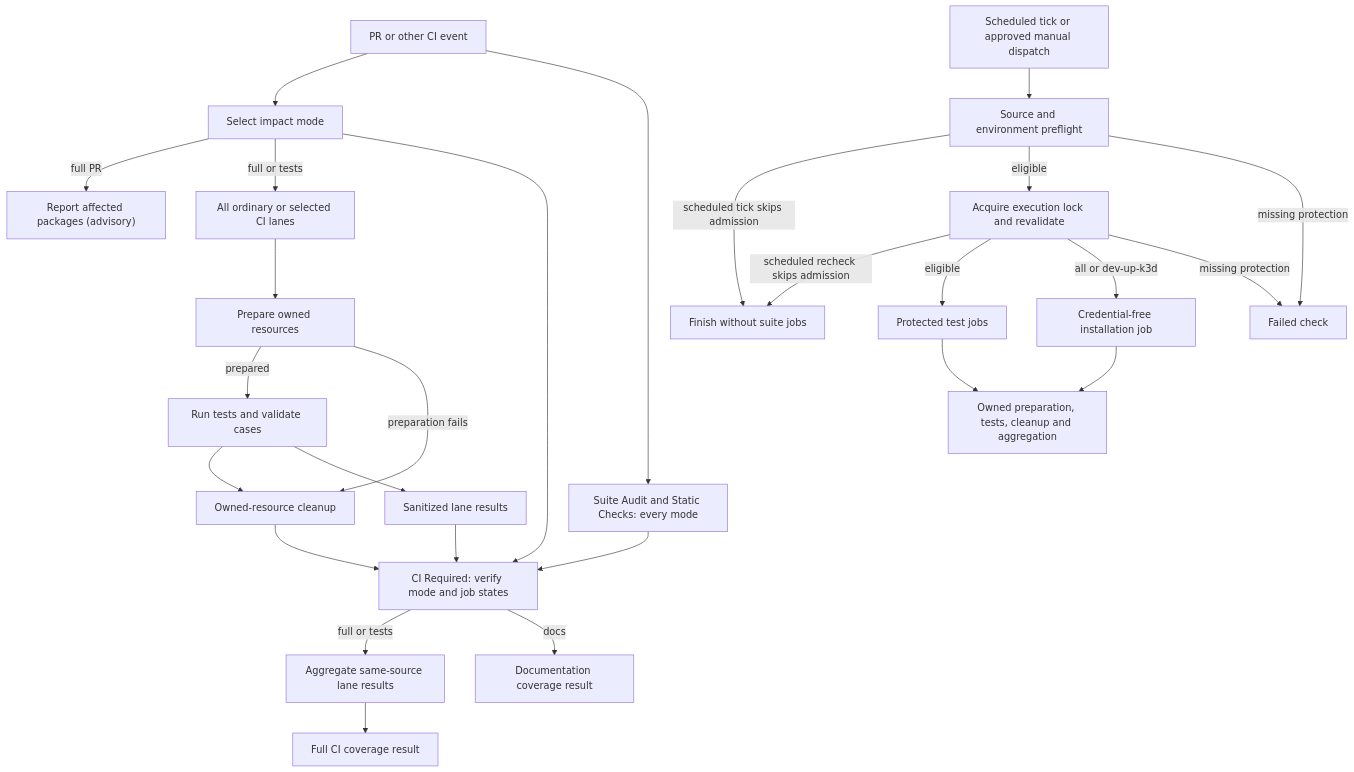
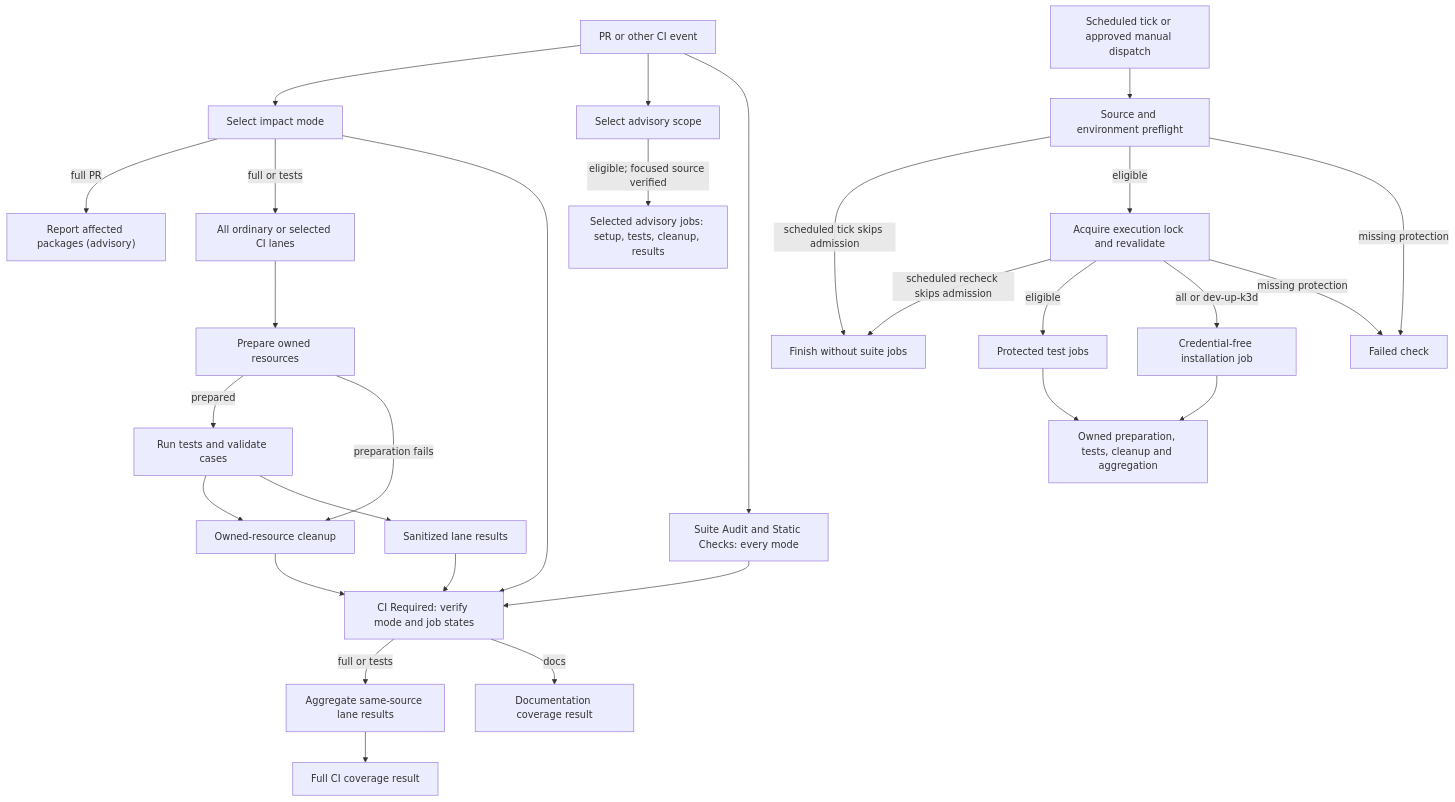
One commit to openclaw/openclaw-enterprise changed the diagram in docs/flows/github-actions-testing.md. Above: the diagram before and after it, drawn with Mermaid. The commit also changed other lines of this file and 5 other files, not shown here.

````diff
--- a/docs/flows/github-actions-testing.md
+++ b/docs/flows/github-actions-testing.md
@@ -22,29 +21,31 @@
 ```mermaid
 graph TD
   A["PR or other CI event"] --> S["Select impact mode"]
+  A --> AQ["Select advisory scope"]
+  AQ -->|eligible; focused source verified| AJ["Selected advisory jobs: setup, tests, cleanup, results"]
   A --> N["Suite Audit and Static Checks: every mode"]
   S -->|full PR| Q["Report affected packages (advisory)"]
   S -->|full or tests| B["All ordinary or selected CI lanes"]
   B --> F["Prepare owned resources"]
   F -->|prepared| H["Run tests and validate cases"]
   F -->|preparation fails| J["Owned-resource cleanup"]
   H --> J
   H --> K["Sanitized lane results"]
   J --> G["CI Required: verify mode and job states"]
   S --> G
   N --> G
   K --> G
   G -->|full or tests| L["Aggregate same-source lane results"]
   G -->|docs| M["Documentation coverage result"]
   L --> R["Full CI coverage result"]
   C["Scheduled tick or approved manual dispatch"] --> P["Source and environment preflight"]
   P -->|scheduled tick skips admission| D["Finish without suite jobs"]
   P -->|eligible| V["Acquire execution lock and revalidate"]
   V -->|scheduled recheck skips admission| D
   V -->|eligible| E["Protected test jobs"]
   V -->|all or dev-up-k3d| U["Credential-free installation job"]
   U --> T
   P -->|missing protection| X["Failed check"]
   V -->|missing protection| X
   E --> T["Owned preparation, tests, cleanup and aggregation"]
 ```
````
